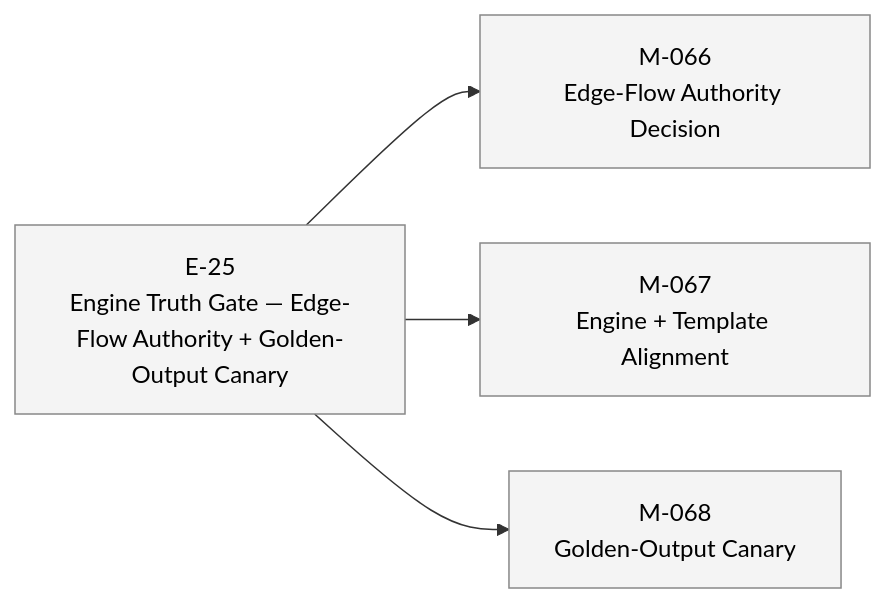
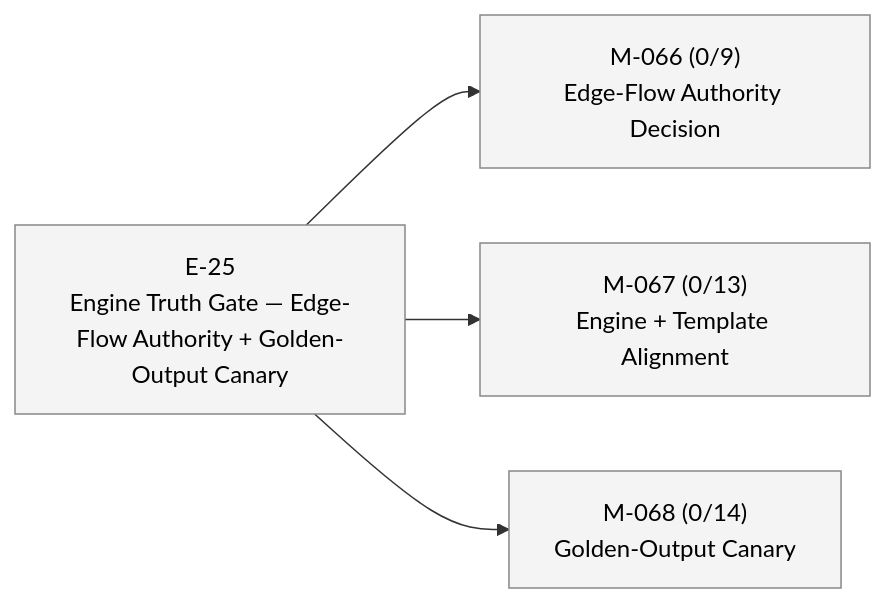
Before and after one commit to 23min/FlowTime: the diagram in STATUS.md, drawn with Mermaid. The commit also changed other lines of this file and 1 other file, not shown here.

First line of the commit message:
aiwf render roadmap

````diff
--- a/STATUS.md
+++ b/STATUS.md
@@ -29,16 +29,16 @@
 ```mermaid
 flowchart LR
   E_25["E-25<br/>Engine Truth Gate — Edge-Flow Authority + Golden-Output Canary"]:::epic_proposed
-  M_066["M-066<br/>Edge-Flow Authority Decision"]:::ms_draft
+  M_066["M-066 (0/9)<br/>Edge-Flow Authority Decision"]:::ms_draft
   E_25 --> M_066
-  M_067["M-067<br/>Engine + Template Alignment"]:::ms_draft
+  M_067["M-067 (0/13)<br/>Engine + Template Alignment"]:::ms_draft
   E_25 --> M_067
-  M_068["M-068<br/>Golden-Output Canary"]:::ms_draft
+  M_068["M-068 (0/14)<br/>Golden-Output Canary"]:::ms_draft
   E_25 --> M_068
   classDef epic_active fill:#d6eaff,stroke:#1a73e8,color:#000
   classDef epic_proposed fill:#f4f4f4,stroke:#888,color:#000
   classDef ms_done fill:#d8f5d8,stroke:#2a8a2a,color:#000
   classDef ms_in_progress fill:#fff3c4,stroke:#caa400,color:#000
   classDef ms_draft fill:#f4f4f4,stroke:#888,color:#000
   classDef ms_cancelled fill:#fbeaea,stroke:#c33,color:#000
 ```
````
